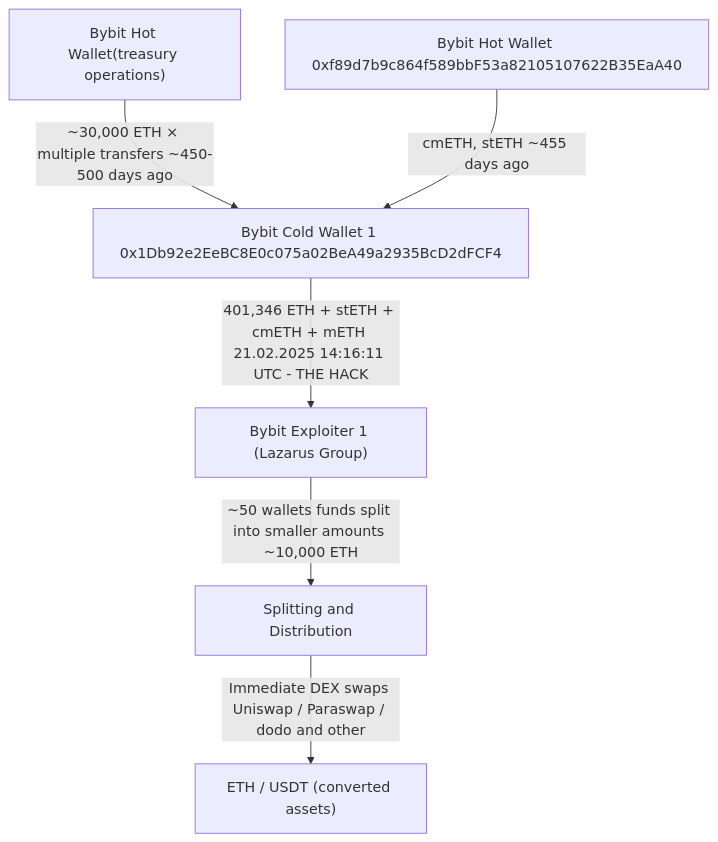
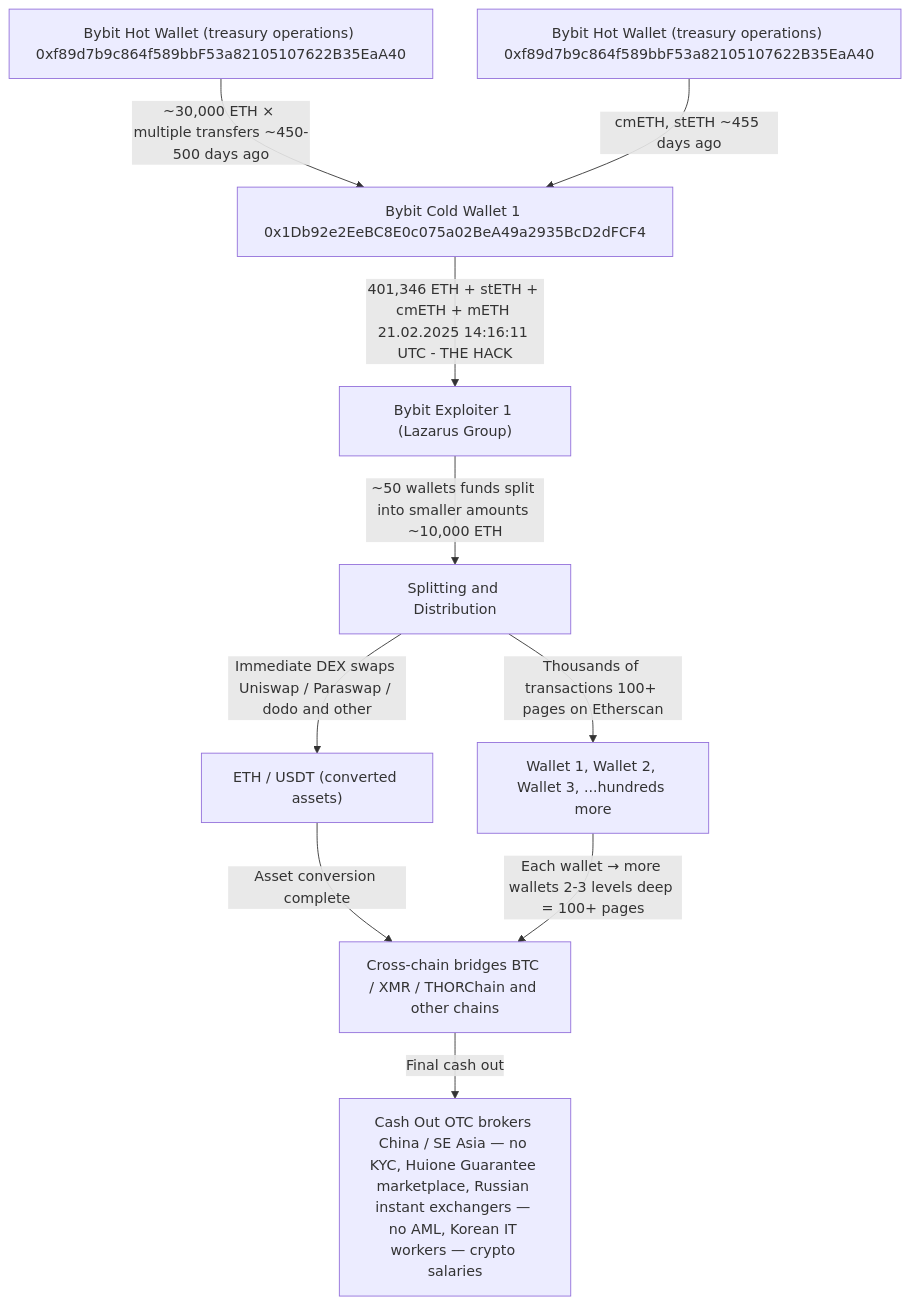
The diagram in case-1-bybit-hack/README.md (KotsykAndrey/aml-blockchain-portfolio), drawn with Mermaid before and after one commit.

````diff
--- a/case-1-bybit-hack/README.md
+++ b/case-1-bybit-hack/README.md
@@ -203,8 +203,12 @@
 ```mermaid
 flowchart TD
-    A["Bybit Hot Wallet(treasury operations)"] -->|"~30,000 ETH × multiple transfers ~450-500 days ago"| B["Bybit Cold Wallet 1 0x1Db92e2EeBC8E0c075a02BeA49a2935BcD2dFCF4"]
-    C["Bybit Hot Wallet 0xf89d7b9c864f589bbF53a82105107622B35EaA40"] -->|"cmETH, stETH ~455 days ago"| B
+    A["Bybit Hot Wallet (treasury operations) 0xf89d7b9c864f589bbF53a82105107622B35EaA40"] -->|"~30,000 ETH × multiple transfers ~450-500 days ago"| B["Bybit Cold Wallet 1 0x1Db92e2EeBC8E0c075a02BeA49a2935BcD2dFCF4"]
+    C["Bybit Hot Wallet (treasury operations) 0xf89d7b9c864f589bbF53a82105107622B35EaA40"] -->|"cmETH, stETH ~455 days ago"| B
     B -->|"401,346 ETH + stETH + cmETH + mETH 21.02.2025 14:16:11 UTC - THE HACK"| D["Bybit Exploiter 1 (Lazarus Group)"]
     D -->|"~50 wallets funds split into smaller amounts ~10,000 ETH"| S["Splitting and Distribution"]
     S -->|"Immediate DEX swaps Uniswap / Paraswap / dodo and other"| E["ETH / USDT (converted assets)"]
+    S -->|"Thousands of transactions 100+ pages on Etherscan"| F["Wallet 1, Wallet 2, Wallet 3, ...hundreds more"]
+    E -->|"Asset conversion complete"| G["Cross-chain bridges BTC / XMR / THORChain and other chains"]
+    F -->|"Each wallet → more wallets 2-3 levels deep = 100+ pages"| G
+    G -->|"Final cash out"| H["Cash Out OTC brokers China / SE Asia — no KYC, Huione Guarantee marketplace, Russian instant exchangers — no AML, Korean IT workers — crypto salaries"]
 ```
````
